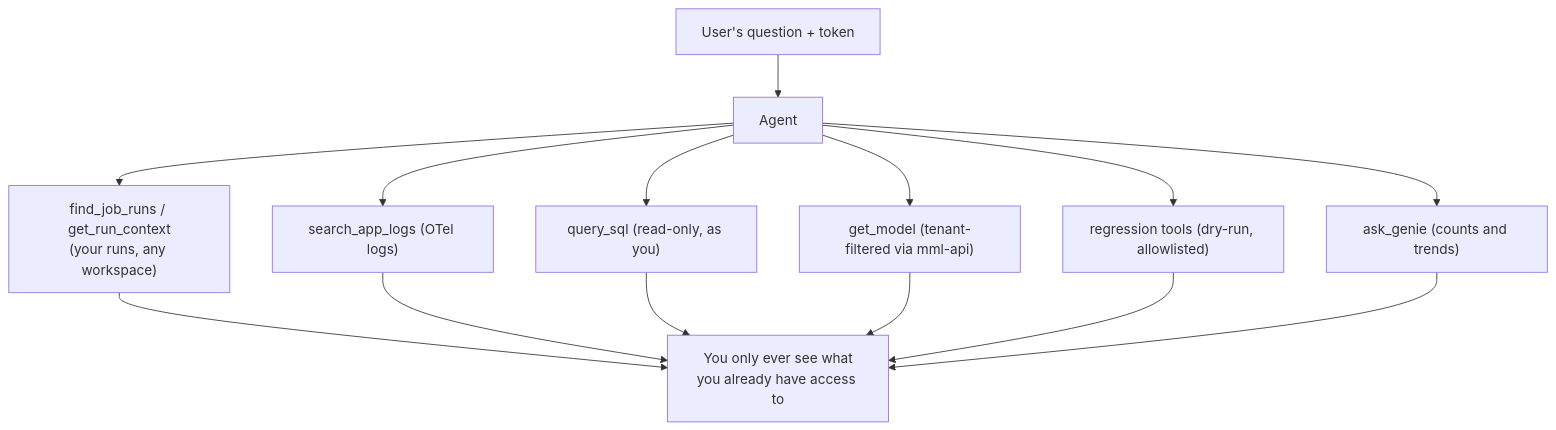
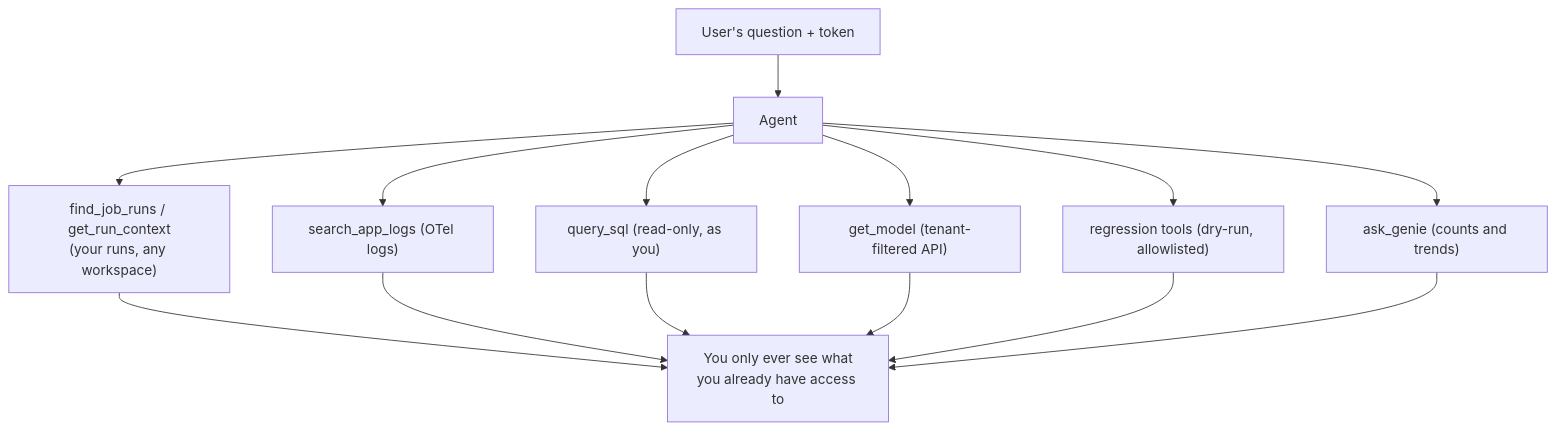
Before and after one commit to MihirUpasani/MihirUpasani.github.io: the sixth of 11 diagrams in src/content/blog/an-assistant-on-top-of-the-platform.md, drawn with Mermaid. The commit also changed other lines of this file, not shown here.

````diff
--- a/src/content/blog/an-assistant-on-top-of-the-platform.md
+++ b/src/content/blog/an-assistant-on-top-of-the-platform.md
@@ -161,16 +161,16 @@
 ```mermaid
 flowchart TB
     User["User's question + token"] --> Agent
     Agent --> T1["find_job_runs / get_run_context<br/>(your runs, any workspace)"]
     Agent --> T2["search_app_logs (OTel logs)"]
     Agent --> T3["query_sql (read-only, as you)"]
-    Agent --> T4["get_model (tenant-filtered via mml-api)"]
+    Agent --> T4["get_model (tenant-filtered API)"]
     Agent --> T5["regression tools (dry-run, allowlisted)"]
     Agent --> T6["ask_genie (counts and trends)"]
     T1 --> Scope["You only ever see what<br/>you already have access to"]
     T2 --> Scope
     T3 --> Scope
     T4 --> Scope
     T5 --> Scope
     T6 --> Scope
 ```
````
